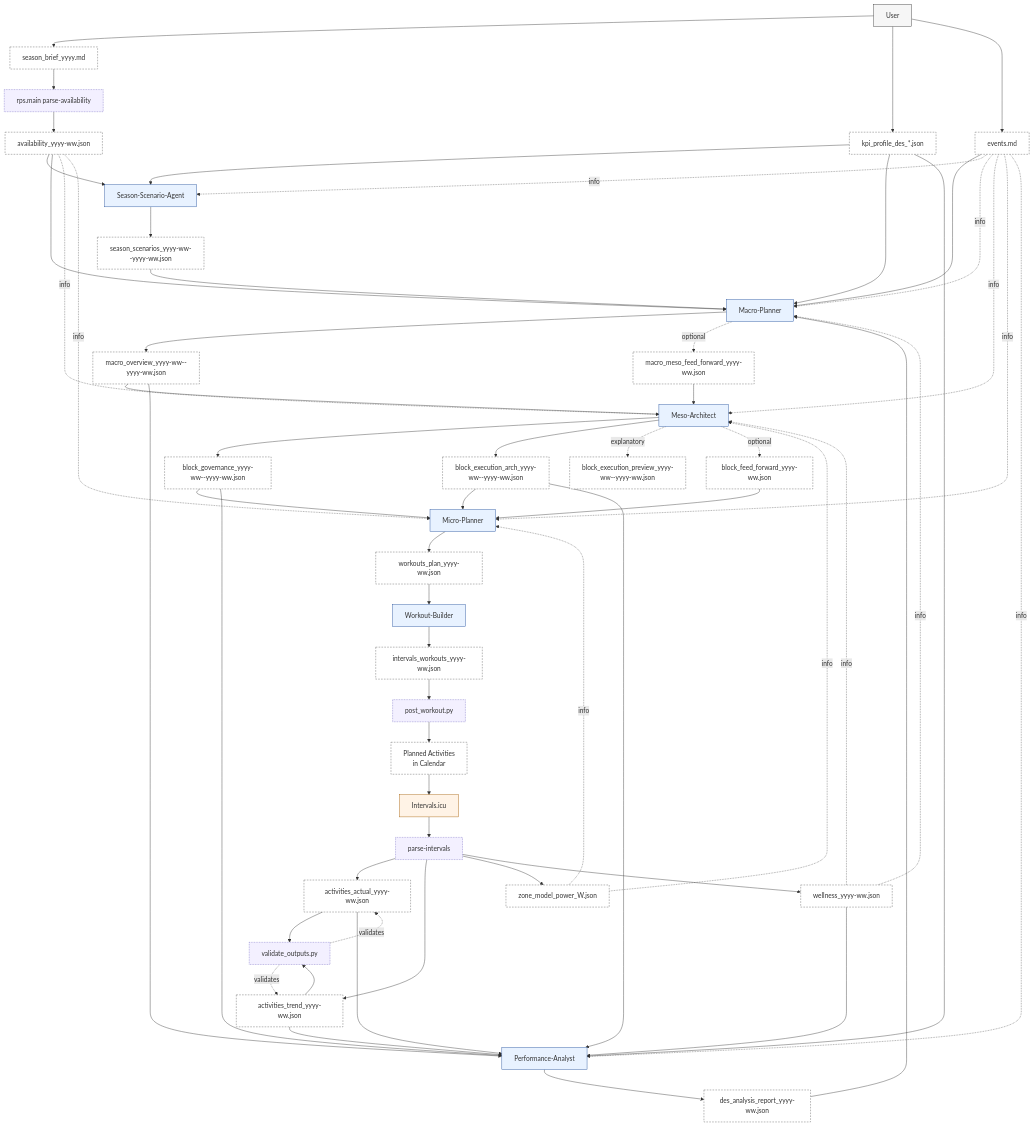
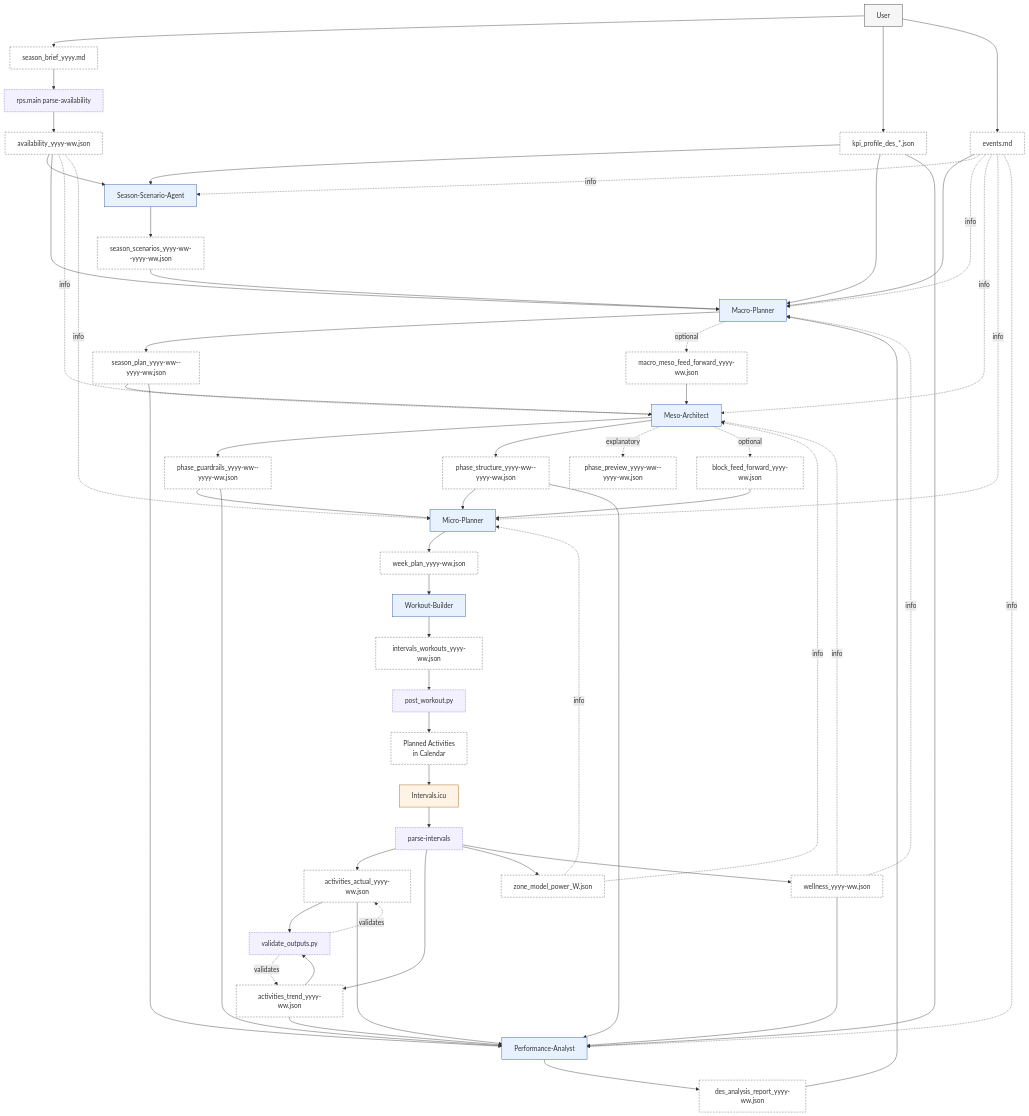
Before and after one commit to albauer-priv/RPS: the first of 8 diagrams in doc/artefact_flow_overview_and_detail.md, drawn with Mermaid. The commit also changed other lines of this file and 94 other files, not shown here.

Commit message:
Rename artefacts to season/phase/weekly naming

```diff
--- a/doc/artefact_flow_overview_and_detail.md
+++ b/doc/artefact_flow_overview_and_detail.md
@@ -31,14 +31,14 @@
   EV[events.md]:::artefact
   AV[availability_yyyy-ww.json]:::artefact
   SC[season_scenarios_yyyy-ww--yyyy-ww.json]:::artefact
-  MO[macro_overview_yyyy-ww--yyyy-ww.json]:::artefact
+  MO[season_plan_yyyy-ww--yyyy-ww.json]:::artefact
   MMFF[macro_meso_feed_forward_yyyy-ww.json]:::artefact
-  BG[block_governance_yyyy-ww--yyyy-ww.json]:::artefact
-  BEA[block_execution_arch_yyyy-ww--yyyy-ww.json]:::artefact
-  BEP[block_execution_preview_yyyy-ww--yyyy-ww.json]:::artefact
+  BG[phase_guardrails_yyyy-ww--yyyy-ww.json]:::artefact
+  BEA[phase_structure_yyyy-ww--yyyy-ww.json]:::artefact
+  BEP[phase_preview_yyyy-ww--yyyy-ww.json]:::artefact
   BFF[block_feed_forward_yyyy-ww.json]:::artefact
   ZM[zone_model_power_<FTP>W.json]:::artefact
-  WP[workouts_plan_yyyy-ww.json]:::artefact
+  WP[week_plan_yyyy-ww.json]:::artefact
   WJ[intervals_workouts_yyyy-ww.json]:::artefact
   CAL[Planned Activities<br/>in Calendar]:::artefact
   AA[activities_actual_yyyy-ww.json]:::artefact
```
